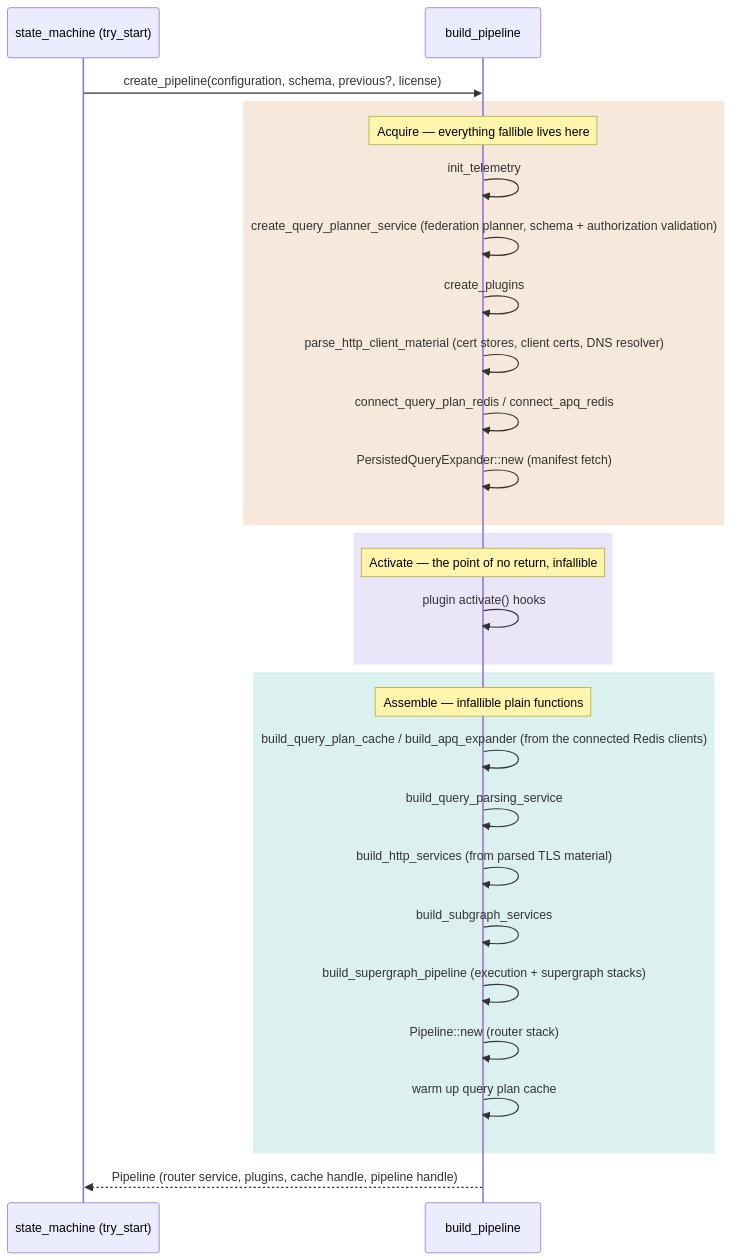
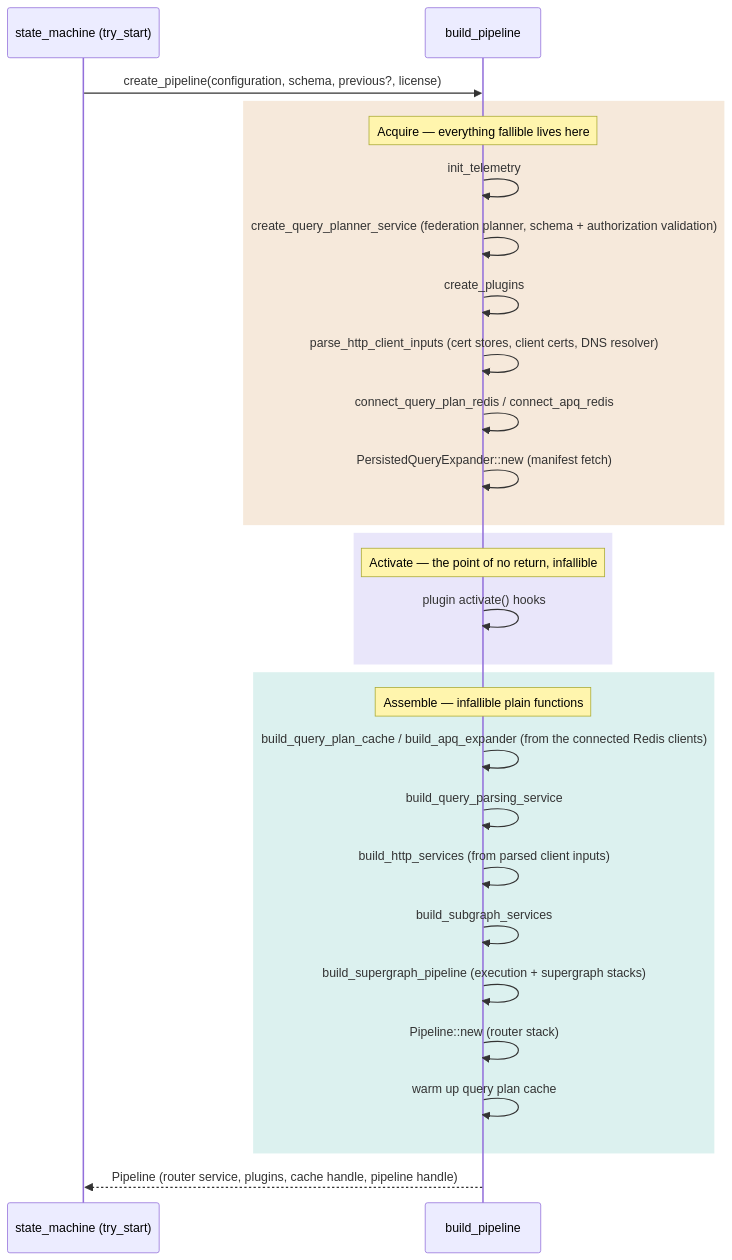
One commit to apollographql/router changed the diagram in dev-docs/pipeline-construction.md. Above: the diagram before and after it, drawn with Mermaid. The commit also changed other lines of this file and 5 other files, not shown here.

First line of the commit message:
refactor(http): rename HttpClientMaterial to HttpClientInputs

````diff
--- a/dev-docs/pipeline-construction.md
+++ b/dev-docs/pipeline-construction.md
@@ -11,35 +11,35 @@
 ```mermaid
 sequenceDiagram
     participant SM as state_machine (try_start)
     participant BP as build_pipeline
 
     SM->>BP: create_pipeline(configuration, schema, previous?, license)
 
     rect rgba(192, 106, 16, 0.15)
         Note over BP: Acquire — everything fallible lives here
         BP->>BP: init_telemetry
         BP->>BP: create_query_planner_service (federation planner, schema + authorization validation)
         BP->>BP: create_plugins
-        BP->>BP: parse_http_client_material (cert stores, client certs, DNS resolver)
+        BP->>BP: parse_http_client_inputs (cert stores, client certs, DNS resolver)
         BP->>BP: connect_query_plan_redis / connect_apq_redis
         BP->>BP: PersistedQueryExpander::new (manifest fetch)
     end
 
     rect rgba(110, 90, 220, 0.15)
         Note over BP: Activate — the point of no return, infallible
         BP->>BP: plugin activate() hooks
     end
 
     rect rgba(20, 160, 150, 0.15)
         Note over BP: Assemble — infallible plain functions
         BP->>BP: build_query_plan_cache / build_apq_expander (from the connected Redis clients)
         BP->>BP: build_query_parsing_service
-        BP->>BP: build_http_services (from parsed TLS material)
+        BP->>BP: build_http_services (from parsed client inputs)
         BP->>BP: build_subgraph_services
         BP->>BP: build_supergraph_pipeline (execution + supergraph stacks)
         BP->>BP: Pipeline::new (router stack)
         BP->>BP: warm up query plan cache
     end
 
     BP-->>SM: Pipeline (router service, plugins, cache handle, pipeline handle)
 ```
````
